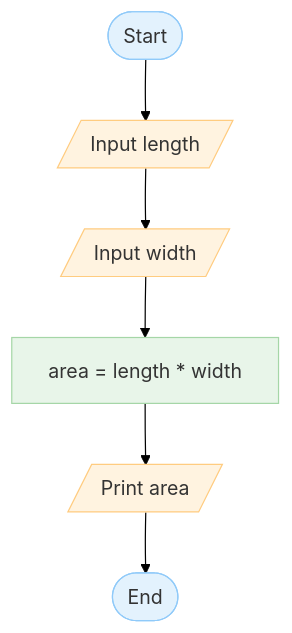
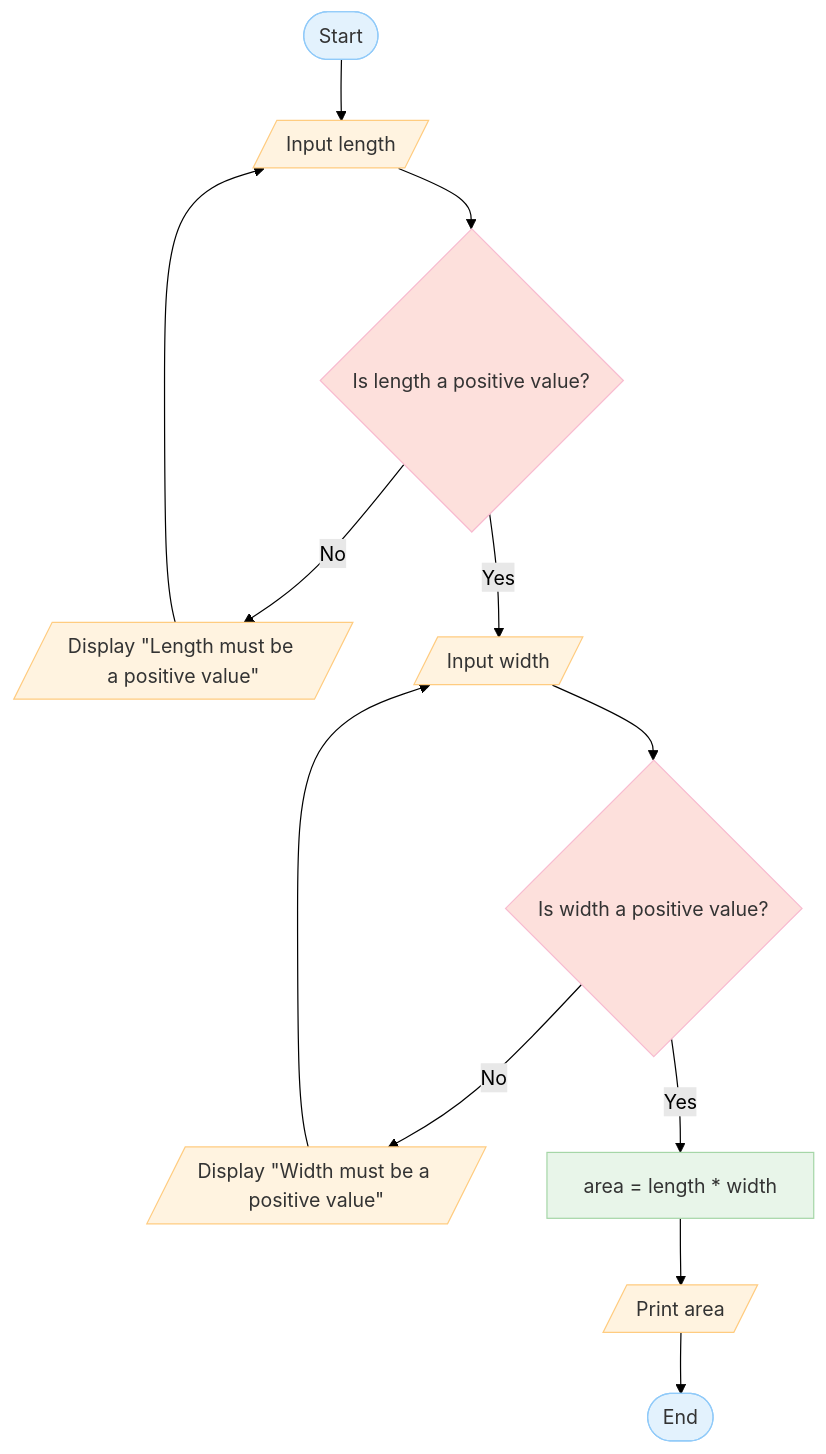
Before and after one commit to joelBIT/workshop-pseudocode-flowcharts: diagram 12 of 13 in README.md, drawn with Mermaid (forest theme). The commit also changed other lines of this file, not shown here.

Commit message:
Clarify input requirements and add validation checks
Updated pseudocode to specify that length and width must be positive values. Enhanced flowchart to include validation checks for positive input values.

````diff
--- a/README.md
+++ b/README.md
@@ -457,12 +457,19 @@
 ```mermaid
 flowchart TD
     A([Start]):::term --> B[/Input length/]:::io
-    B --> C[/Input width/]:::io
-    C --> D[area = length * width]:::proc
+    B --> K{Is length a positive value?}:::dec
+    K -- No --> X[/Display "Length must be a positive value"/]:::io
+    X --> B[/Input length/]:::io
+    K -- Yes --> C[/Input width/]:::io
+    C --> L{Is width a positive value?}:::dec
+    L -- No --> Y[/Display "Width must be a positive value"/]:::io
+    Y --> C[/Input width/]:::io
+    L -- Yes --> D[area = length * width]:::proc
     D --> F[/Print area/]:::io
     F --> I([End]):::term
 
 classDef term fill:#e3f2fd,stroke:#90caf9,color:#333,stroke-width:1px;
 classDef io fill:#fff3e0,stroke:#ffcc80,color:#333,stroke-width:1px;
 classDef proc fill:#e8f5e9,stroke:#a5d6a7,color:#333,stroke-width:1px;
+classDef dec fill:#fde0dc,stroke:#f8bbd0,color:#333,stroke-width:1px;
 ```
````
